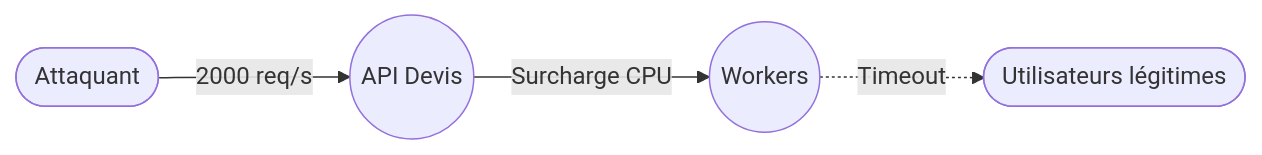
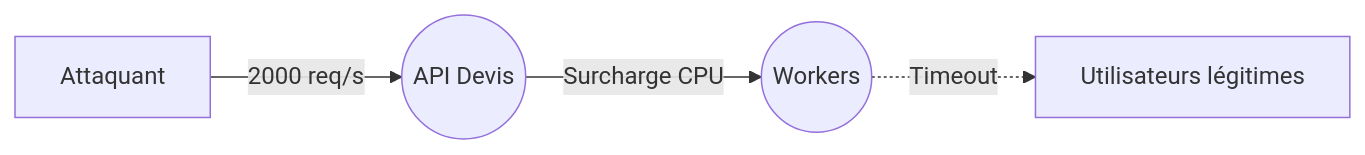
One commit to ophenix-maisonneuve/420-950-ma-site-web changed the second of 2 diagrams in _notes/stride/menaces/stride-dos.md. Above: the diagram before and after it, drawn with Mermaid. The commit also changed other lines of this file and 3 other files, not shown here.

````diff
--- a/_notes/stride/menaces/stride-dos.md
+++ b/_notes/stride/menaces/stride-dos.md
@@ -120,6 +120,6 @@
 ```mermaid
 flowchart LR
-    Client([Attaquant]) -->|2000 req/s| API((API Devis))
+    Client[Attaquant] -->|2000 req/s| API((API Devis))
     API -->|Surcharge CPU| Workers((Workers))
-    Workers -. Timeout .-> Users([Utilisateurs légitimes])
+    Workers -. Timeout .-> Users[Utilisateurs légitimes]
 ```
````
